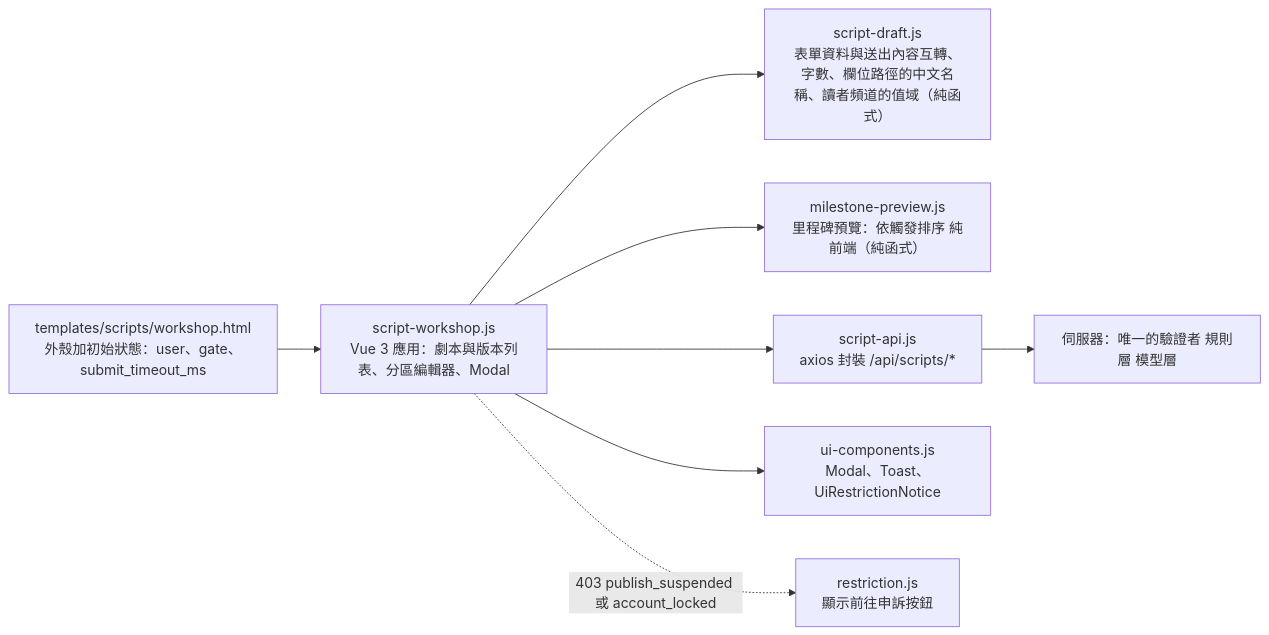
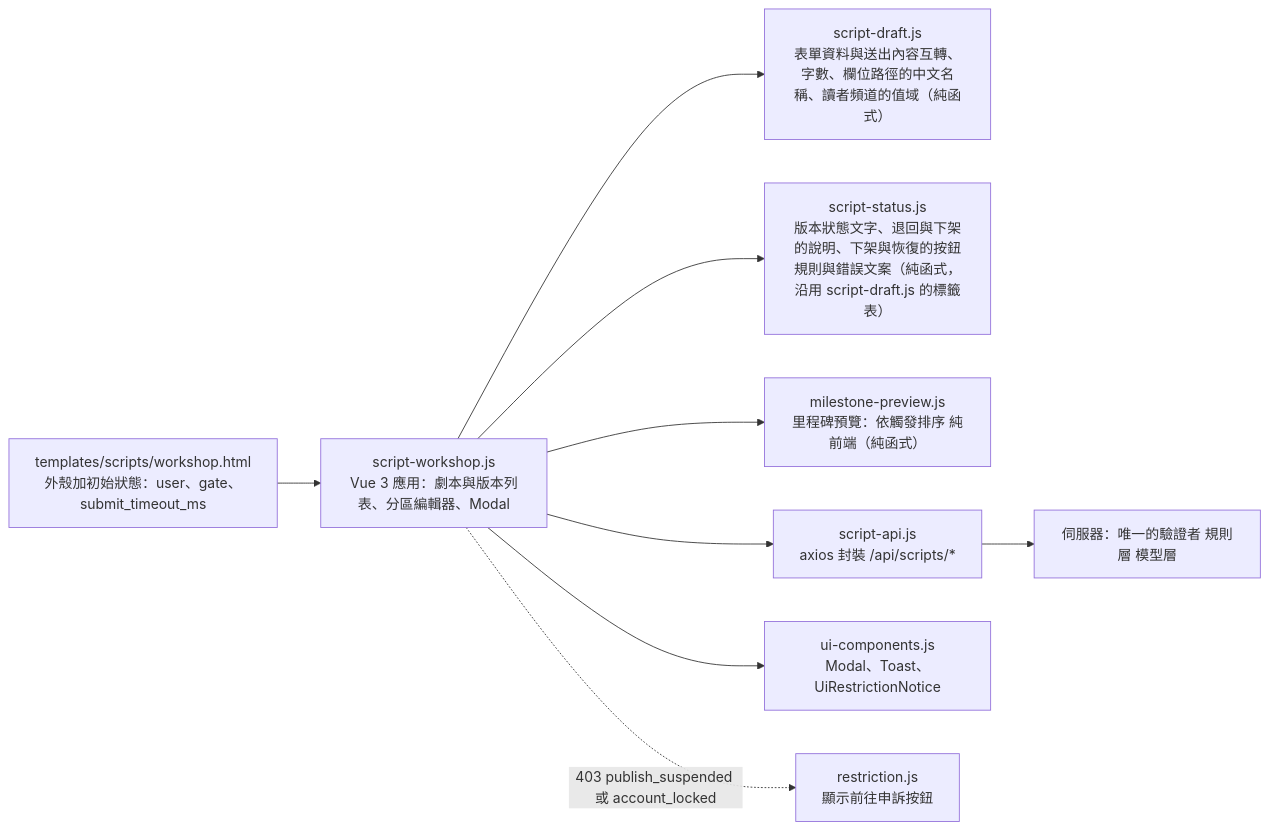
Before and after one commit to pp466pp466/R.A.C: the sixth of 13 diagrams in docs/前端結構-frontend.md, drawn with Mermaid. The commit also changed other lines of this file and 12 other files, not shown here.

````diff
--- a/docs/前端結構-frontend.md
+++ b/docs/前端結構-frontend.md
@@ -151,10 +152,11 @@
 ```mermaid
 flowchart LR
     Html["templates/scripts/workshop.html<br/>外殼加初始狀態：user、gate、submit_timeout_ms"] --> Ws
     Ws["script-workshop.js<br/>Vue 3 應用：劇本與版本列表、分區編輯器、Modal"] --> Draft["script-draft.js<br/>表單資料與送出內容互轉、字數、欄位路徑的中文名稱、讀者頻道的值域（純函式）"]
+    Ws --> Stat["script-status.js<br/>版本狀態文字、退回與下架的說明、下架與恢復的按鈕規則與錯誤文案（純函式，沿用 script-draft.js 的標籤表）"]
     Ws --> Prev["milestone-preview.js<br/>里程碑預覽：依觸發排序 純前端（純函式）"]
     Ws --> Api["script-api.js<br/>axios 封裝 /api/scripts/*"]
     Ws --> Ui["ui-components.js<br/>Modal、Toast、UiRestrictionNotice"]
     Api --> Srv["伺服器：唯一的驗證者 規則層 模型層"]
     Ws -.->|"403 publish_suspended 或 account_locked"| Rs["restriction.js<br/>顯示前往申訴按鈕"]
 ```
````
